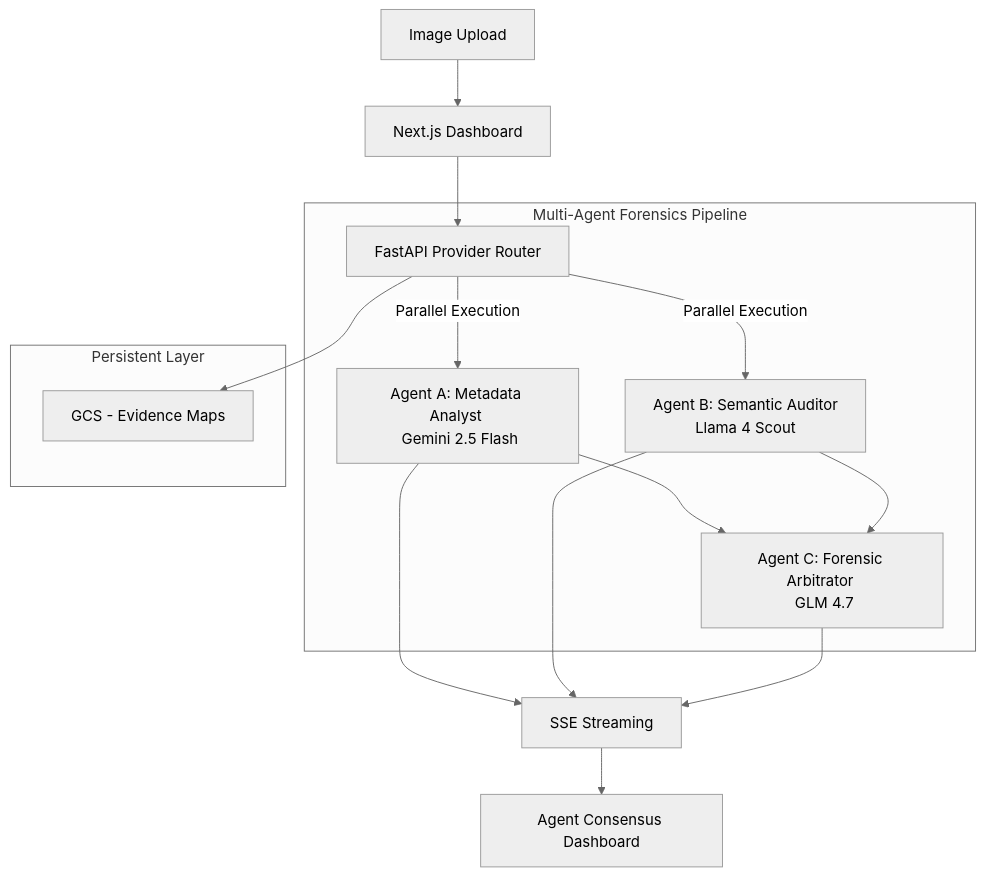
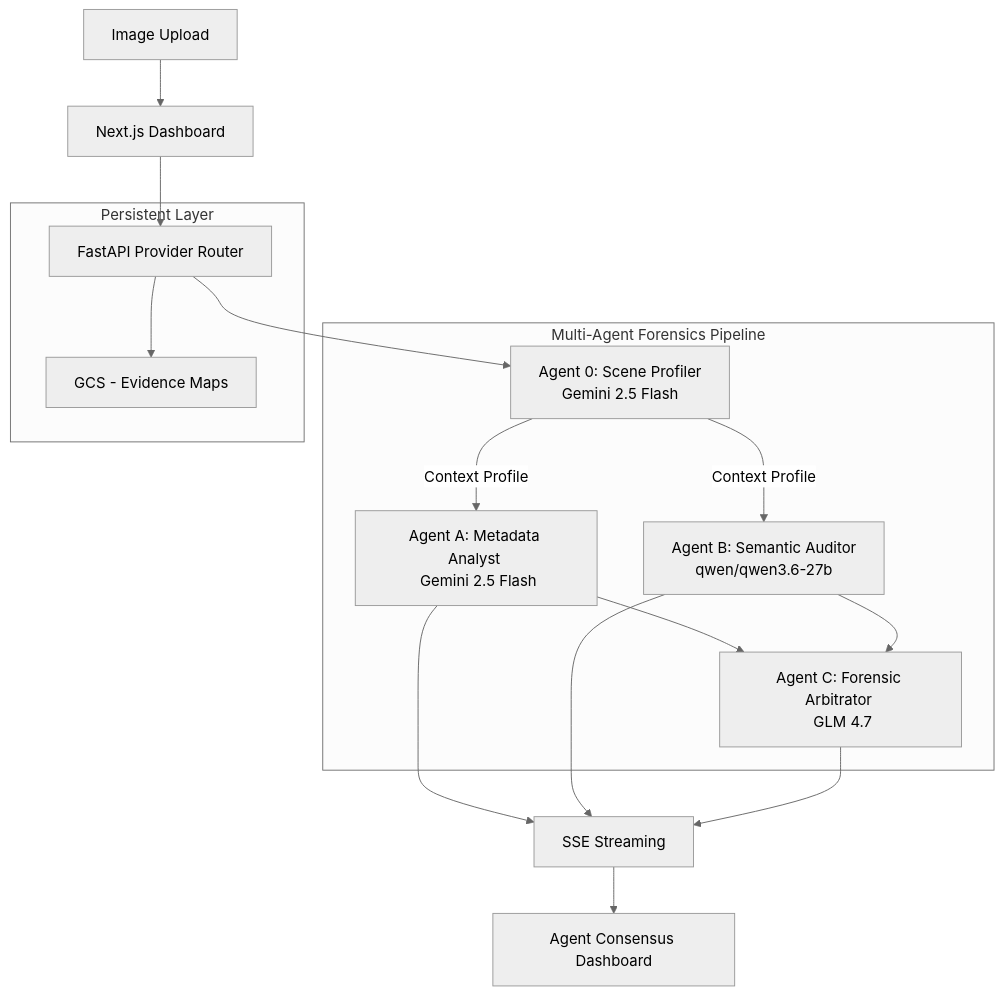
Before and after one commit to JaleedAhmad/ai-image-forensics-app: the diagram in README.md, drawn with Mermaid (neutral theme). The commit also changed other lines of this file, not shown here.

````diff
--- a/README.md
+++ b/README.md
@@ -58,19 +60,20 @@
 ```mermaid
 graph TD
     A[Image Upload] --> B[Next.js Dashboard]
     B --> C[FastAPI Provider Router]
+    C --> D0[Agent 0: Scene Profiler <br> Gemini 2.5 Flash]
     
     subgraph "Multi-Agent Forensics Pipeline"
-        C -->|Parallel Execution| D1[Agent A: Metadata Analyst <br> Gemini 2.5 Flash]
-        C -->|Parallel Execution| D2[Agent B: Semantic Auditor <br> Llama 4 Scout]
+        D0 -->|Context Profile| D1[Agent A: Metadata Analyst <br> Gemini 2.5 Flash]
+        D0 -->|Context Profile| D2[Agent B: Semantic Auditor <br> qwen/qwen3.6-27b]
         D1 --> D3[Agent C: Forensic Arbitrator <br> GLM 4.7]
         D2 --> D3
     end
     
     D1 & D2 & D3 --> E[SSE Streaming]
     E --> F[Agent Consensus Dashboard]
     
     subgraph "Persistent Layer"
         C --> G[GCS - Evidence Maps]
     end
 ```
````
